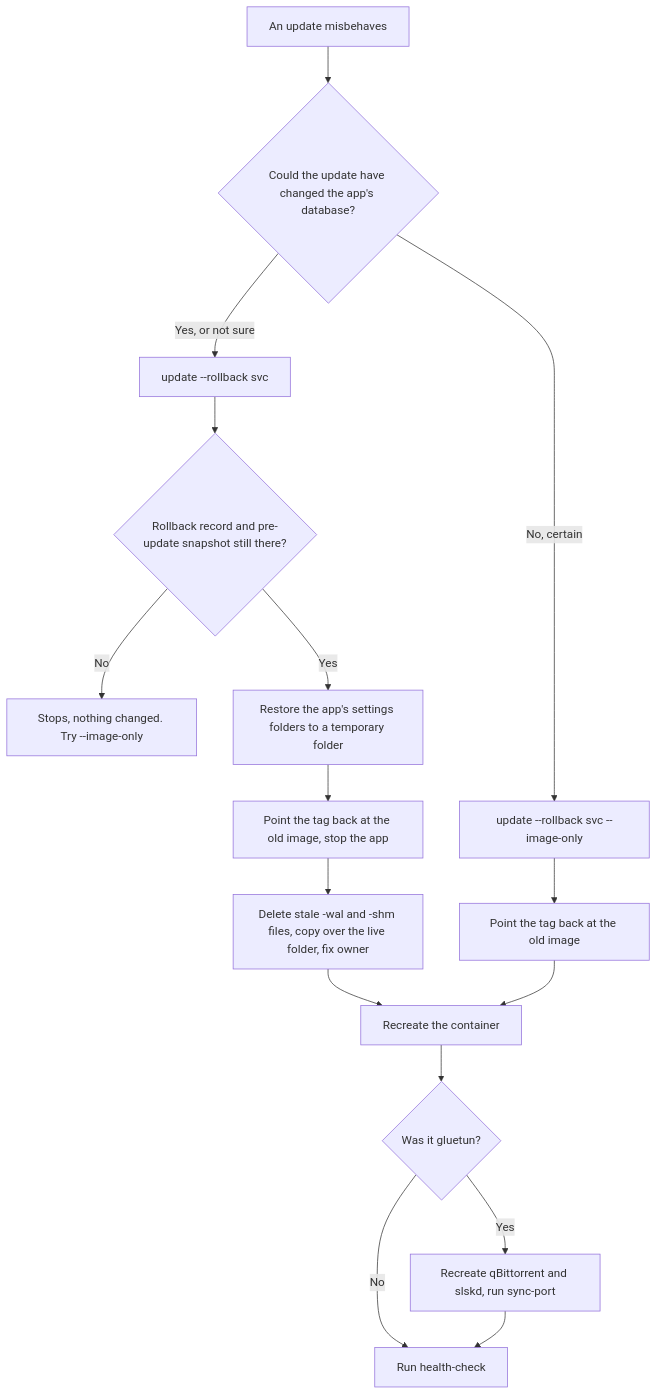
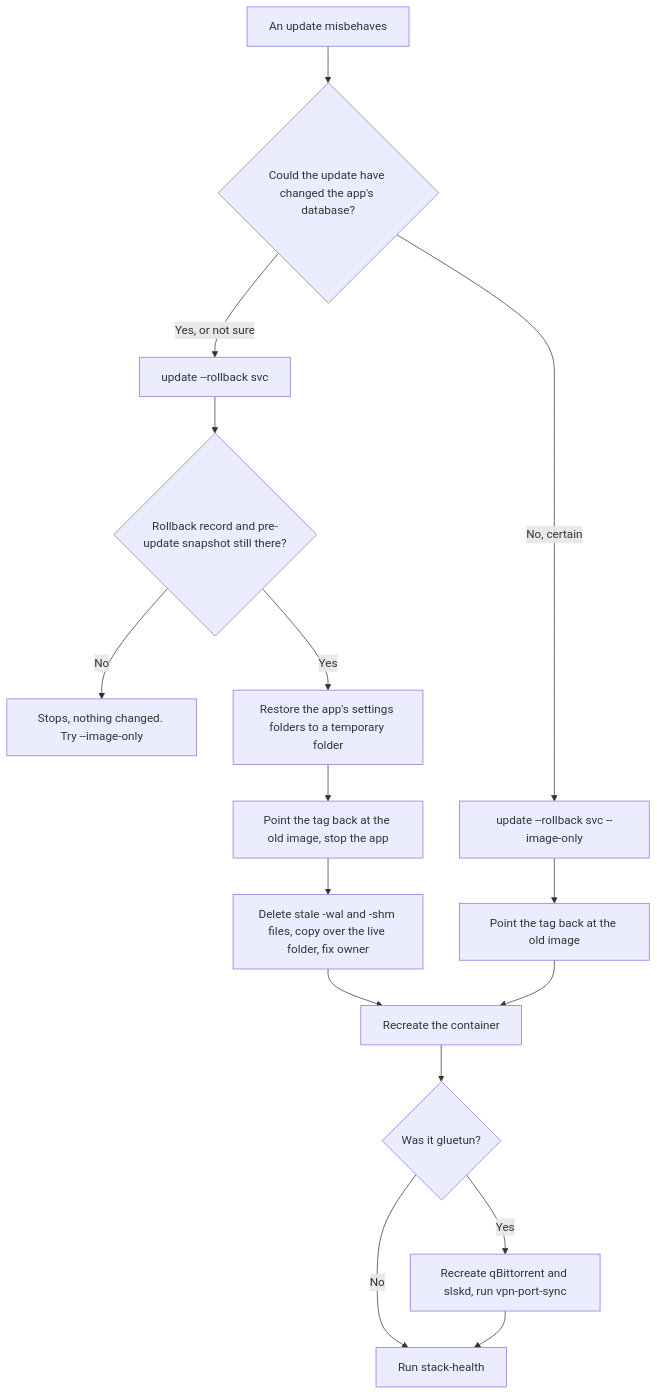
The second of 2 diagrams in docs/flows/updates.md (bugrauluyurt/homelab-media-stack), drawn with Mermaid before and after one commit. The commit also changed other lines of this file and 200 other files, not shown here.

````diff
--- a/docs/flows/updates.md
+++ b/docs/flows/updates.md
@@ -143,18 +143,18 @@
 ```mermaid
 flowchart TD
     A["An update misbehaves"] --> B{"Could the update have changed the app's database?"}
     B -->|"Yes, or not sure"| C["update --rollback svc"]
     B -->|"No, certain"| D["update --rollback svc --image-only"]
     C --> E{"Rollback record and pre-update snapshot still there?"}
     E -->|No| F["Stops, nothing changed. Try --image-only"]
     E -->|Yes| G["Restore the app's settings folders to a temporary folder"]
     G --> H["Point the tag back at the old image, stop the app"]
     H --> I["Delete stale -wal and -shm files, copy over the live folder, fix owner"]
     D --> J["Point the tag back at the old image"]
     I --> K["Recreate the container"]
     J --> K
     K --> L{"Was it gluetun?"}
-    L -->|Yes| M["Recreate qBittorrent and slskd, run sync-port"]
-    L -->|No| N["Run health-check"]
+    L -->|Yes| M["Recreate qBittorrent and slskd, run vpn-port-sync"]
+    L -->|No| N["Run stack-health"]
     M --> N
 ```
````
